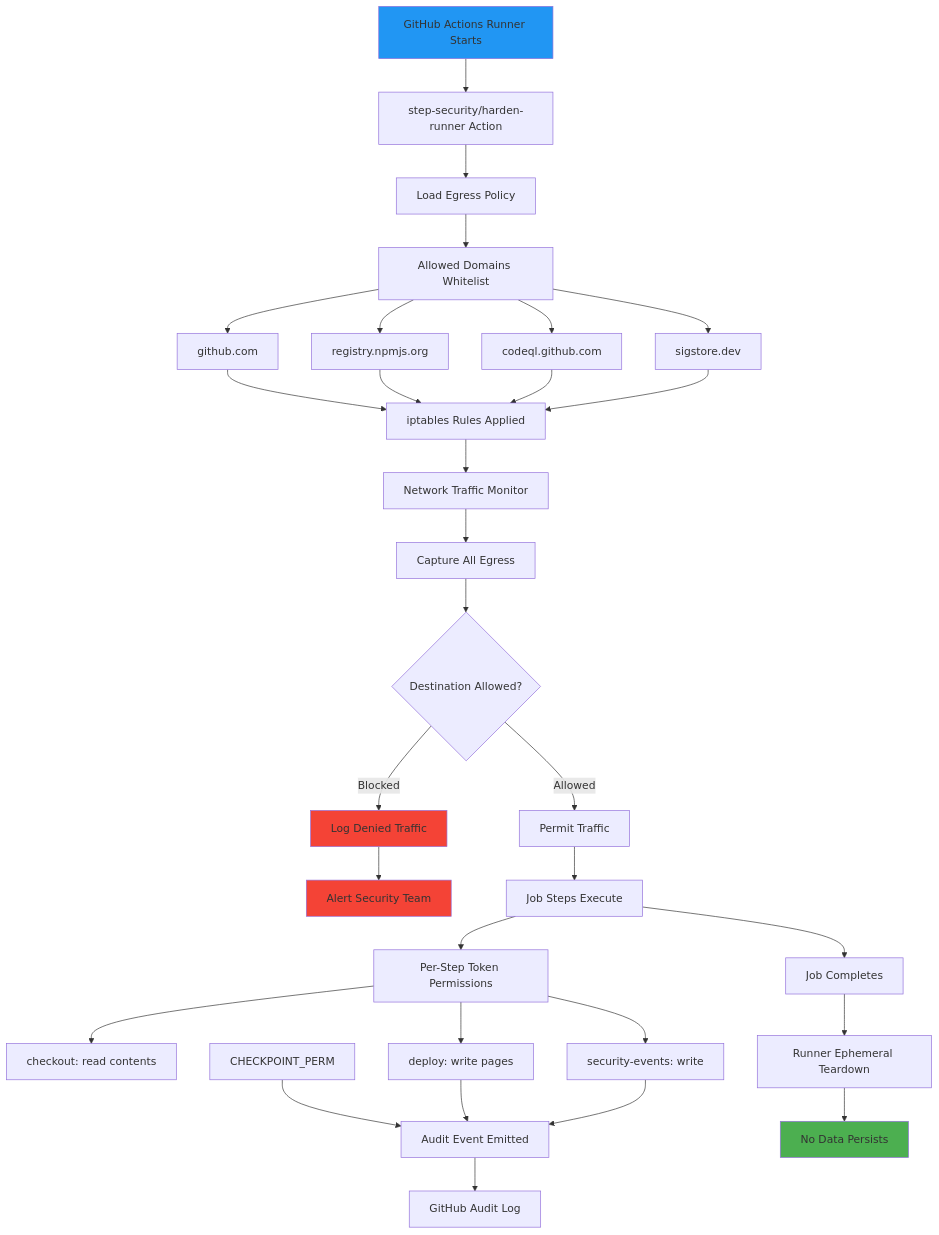
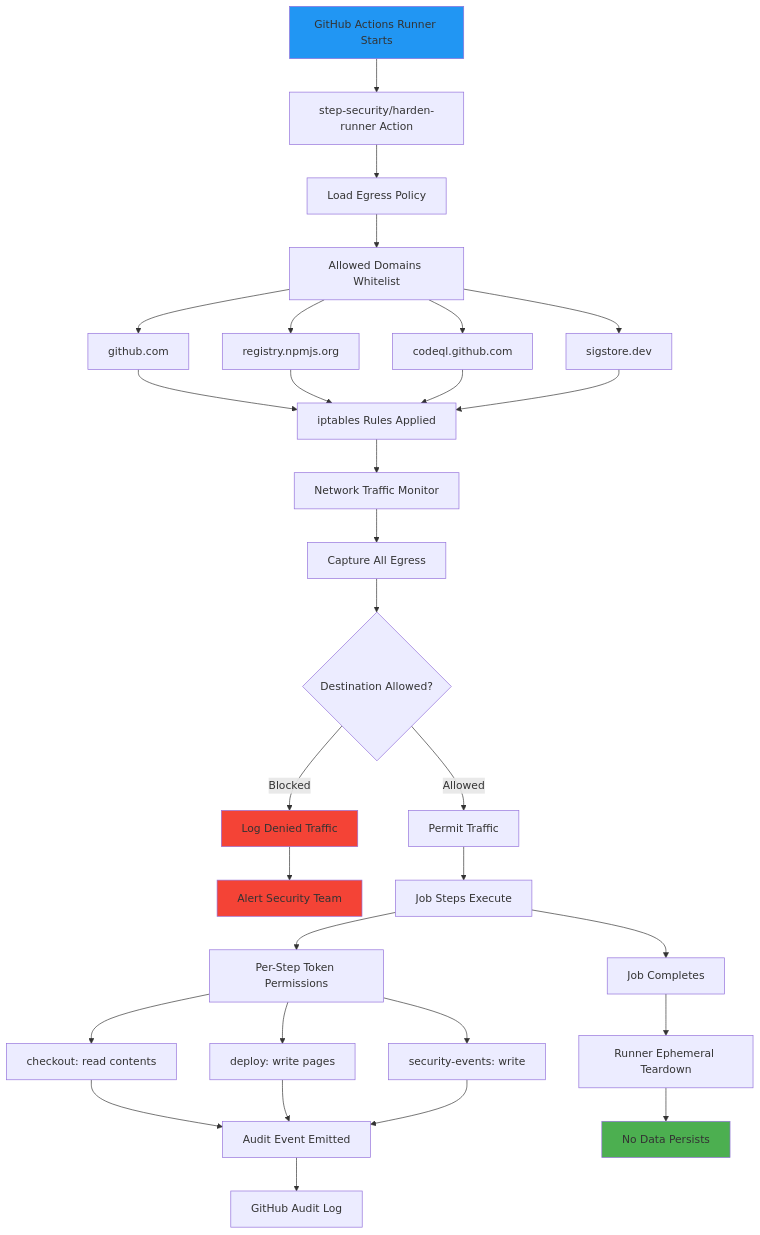
Before and after one commit to Hack23/riksdagsmonitor: diagram 15 of 15 in FLOWCHART.md, drawn with Mermaid. The commit also changed other lines of this file and 2 other files, not shown here.

Commit message:
fix(docs): Address review feedback on content hashing accuracy and diagram typo
- FLOWCHART.md line 850: Fix typo CHECKPOINT_PERM → CHECKOUT_PERM (undefined node reference)
- FLOWCHART.md line 880: Remove unimplemented SHA-256 from Process Inventory; reflect actual controls (Git signatures, Sigstore for build artifacts)
- SECURITY_ARCHITECTURE.md line 2106: Update v2.0 → v2.1 in NIS2 evidence column for consistency
- SECURITY_ARCHITECTURE.md lines 2254-2255: Correct SoA summary from 6 (9%) to 2 (3%) partially implemented (matches actual table entries 5.35 and 8.9)
- SECURITY_ARCHITECTURE.md Section G: Mark article-level SHA-256 checksums as Planned (Q3 2026) not Active; separate current active controls (SLSA, Sigstore, Git) from planned controls clearly
- BCPPlan.md line 480: Remove SHA-256 hash mismatch trigger from IR-PB-001 (not implemented); replace P1 criteria with implemented detection signals (branch protection bypass, SLSA failure)

````diff
--- a/FLOWCHART.md
+++ b/FLOWCHART.md
@@ -826,37 +826,37 @@
 ```mermaid
 flowchart TD
     RUNNER_START[GitHub Actions Runner Starts] --> HARDEN_INIT[step-security/harden-runner Action]
     HARDEN_INIT --> POLICY_LOAD[Load Egress Policy]
     POLICY_LOAD --> ALLOWED_DOMAINS[Allowed Domains Whitelist]
     ALLOWED_DOMAINS --> GITHUB_COM[github.com]
     ALLOWED_DOMAINS --> NPM_REG[registry.npmjs.org]
     ALLOWED_DOMAINS --> CODEQL_CDN[codeql.github.com]
     ALLOWED_DOMAINS --> SIGSTORE[sigstore.dev]
     GITHUB_COM --> IPTABLES[iptables Rules Applied]
     NPM_REG --> IPTABLES
     CODEQL_CDN --> IPTABLES
     SIGSTORE --> IPTABLES
     IPTABLES --> NETMON[Network Traffic Monitor]
     NETMON --> TRAFFIC_CAPTURE[Capture All Egress]
     TRAFFIC_CAPTURE --> ALLOWED_CHECK{Destination Allowed?}
     ALLOWED_CHECK -->|Allowed| PERMIT[Permit Traffic]
     ALLOWED_CHECK -->|Blocked| DENY_LOG[Log Denied Traffic]
     DENY_LOG --> ALERT_EGRESS[Alert Security Team]
     PERMIT --> JOB_EXEC[Job Steps Execute]
     JOB_EXEC --> STEP_PERMISSIONS[Per-Step Token Permissions]
     STEP_PERMISSIONS --> CHECKOUT_PERM[checkout: read contents]
     STEP_PERMISSIONS --> DEPLOY_PERM[deploy: write pages]
     STEP_PERMISSIONS --> SECURITY_PERM[security-events: write]
-    CHECKPOINT_PERM --> AUDIT_EVENT[Audit Event Emitted]
+    CHECKOUT_PERM --> AUDIT_EVENT[Audit Event Emitted]
     DEPLOY_PERM --> AUDIT_EVENT
     SECURITY_PERM --> AUDIT_EVENT
     AUDIT_EVENT --> GH_AUDIT_LOG[GitHub Audit Log]
     JOB_EXEC --> JOB_COMPLETE[Job Completes]
     JOB_COMPLETE --> RUNNER_TEARDOWN[Runner Ephemeral Teardown]
     RUNNER_TEARDOWN --> NO_PERSIST[No Data Persists]
 
     style RUNNER_START fill:#2196f3
     style NO_PERSIST fill:#4caf50
     style DENY_LOG fill:#f44336
     style ALERT_EGRESS fill:#f44336
 ```
````
